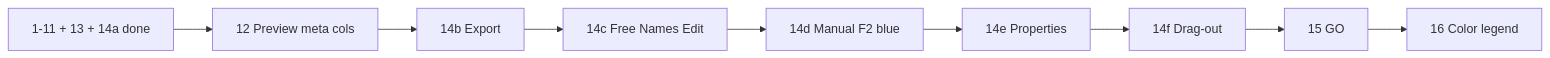
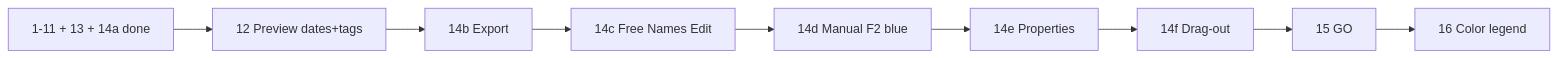
The diagram in docs/plans/rename-list-ui.plan.md (davidohana/finebytes), drawn with Mermaid before and after one commit. The commit also changed other lines of this file, not shown here.

First line of the commit message:
docs: spell out Extended date/attrs preview in Rename List Phase 12

````diff
--- a/docs/plans/rename-list-ui.plan.md
+++ b/docs/plans/rename-list-ui.plan.md
@@ -136,14 +136,14 @@
 ```mermaid
 flowchart LR
   Done[1-11 + 13 + 14a done]
-  P12[12 Preview meta cols]
+  P12[12 Preview dates+tags]
   P14b[14b Export]
   P14c[14c Free Names Edit]
   P14d[14d Manual F2 blue]
   P14e[14e Properties]
   P14f[14f Drag-out]
   P15[15 GO]
   P16[16 Color legend]
   Done --> P12 --> P14b --> P14c --> P14d
   P14d --> P14e --> P14f --> P15 --> P16
 ```
````
